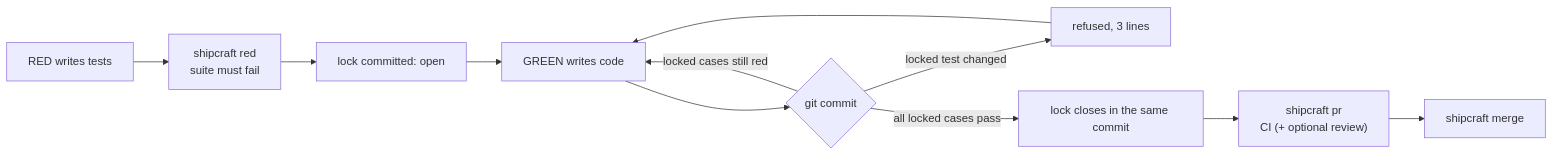
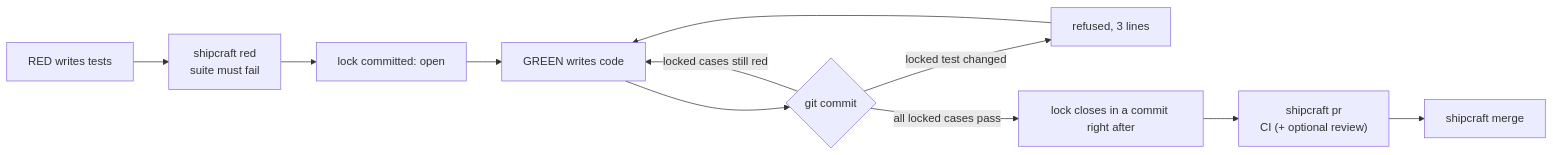
Before and after one commit to victorassisalves/shipcraft: the diagram in README.md, drawn with Mermaid. The commit also changed other lines of this file and 16 other files, not shown here.

````diff
--- a/README.md
+++ b/README.md
@@ -29,13 +29,13 @@
 ```mermaid
 flowchart LR
     A[RED writes tests] --> B["shipcraft red<br/>suite must fail"]
     B --> C[lock committed: open]
     C --> D[GREEN writes code]
     D --> E{git commit}
     E -- locked test changed --> F[refused, 3 lines]
     F --> D
     E -- locked cases still red --> D
-    E -- all locked cases pass --> G[lock closes in the same commit]
+    E -- all locked cases pass --> G[lock closes in a commit right after]
     G --> H["shipcraft pr<br/>CI (+ optional review)"]
     H --> I["shipcraft merge"]
 ```
````
